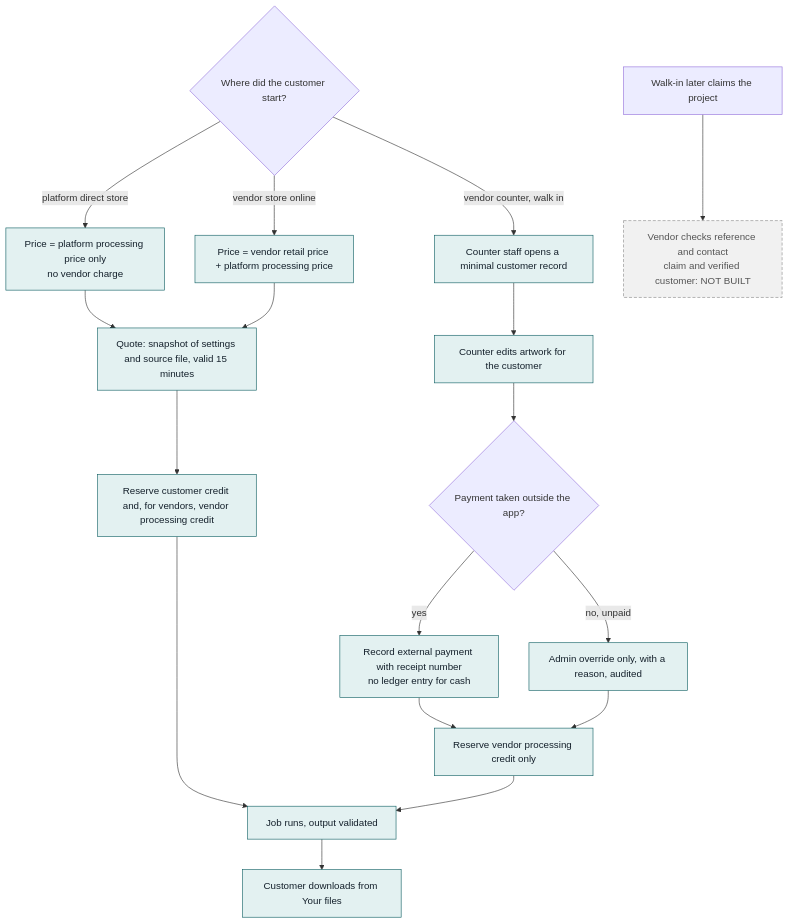
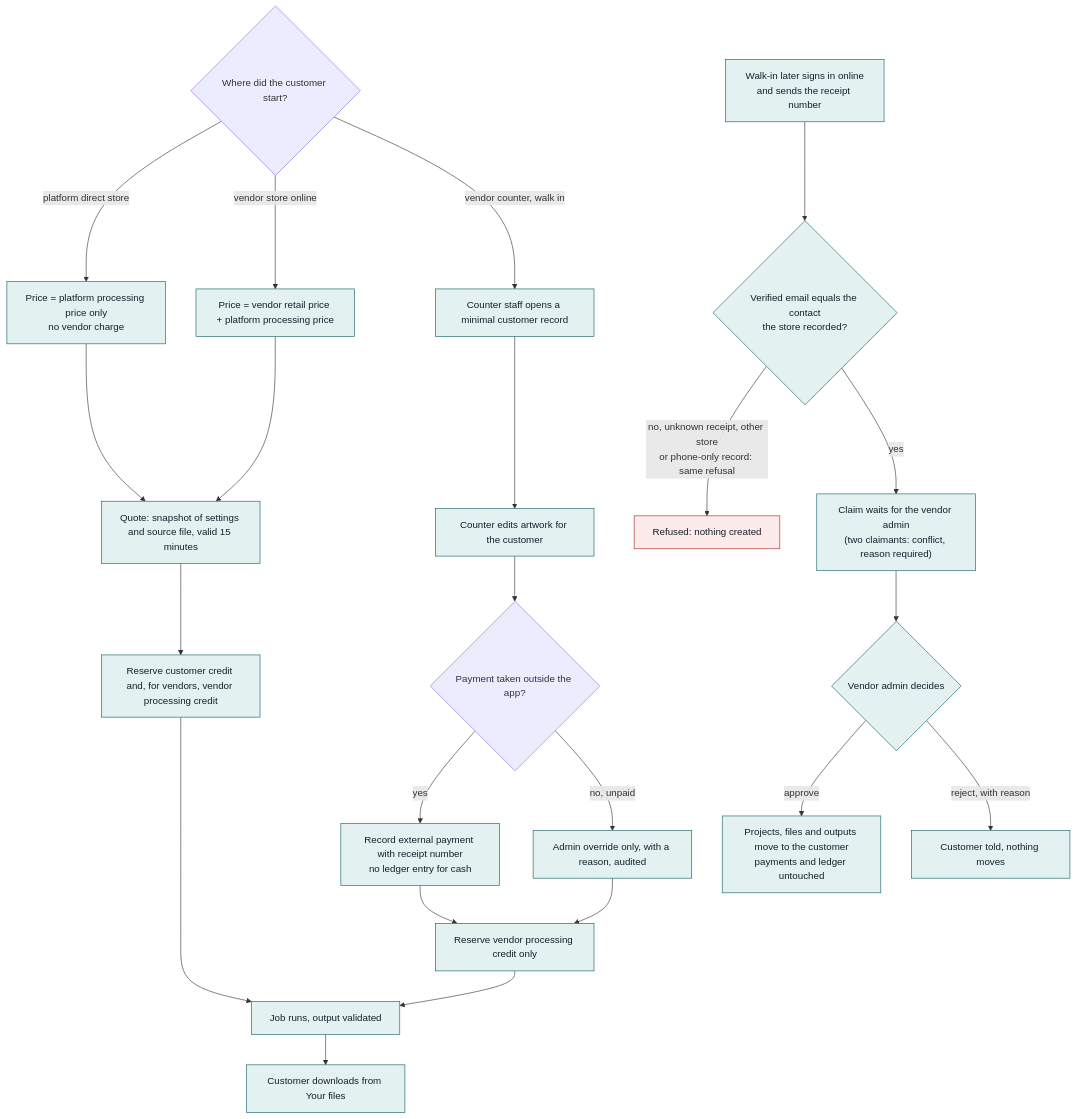
One commit to workmeridiangray-ops/aiprint changed the diagram in docs/flowcharts/03-journeys.mmd. Above: the diagram before and after it, drawn with Mermaid. The commit also changed 23 other files, not shown here.

First line of the commit message:
Part 24: walk-in claim (SC-030): verified-email match plus vendor-admin approval moves a counter customer's files to their account

```diff
--- a/docs/flowcharts/03-journeys.mmd
+++ b/docs/flowcharts/03-journeys.mmd
@@ -1,22 +1,29 @@
 %% 3. Direct versus vendor online journey and the counter workflow
 flowchart TD
   S{"Where did the customer start?"}
   S -->|"platform direct store"| D1["Price = platform processing price only<br/>no vendor charge"]
   S -->|"vendor store online"| V1["Price = vendor retail price + platform processing price"]
   S -->|"vendor counter, walk in"| C1["Counter staff opens a minimal customer record"]
   D1 --> Q["Quote: snapshot of settings and source file, valid 15 minutes"]
   V1 --> Q
   Q --> R["Reserve customer credit and, for vendors, vendor processing credit"]
   R --> J["Job runs, output validated"]
   J --> OUT["Customer downloads from Your files"]
   C1 --> C2["Counter edits artwork for the customer"]
   C2 --> C3{"Payment taken outside the app?"}
   C3 -->|"yes"| C4["Record external payment with receipt number<br/>no ledger entry for cash"]
   C3 -->|"no, unpaid"| C5["Admin override only, with a reason, audited"]
   C4 --> C6["Reserve vendor processing credit only"]
   C5 --> C6
   C6 --> J
-  C7["Walk-in later claims the project"] --> C8["Vendor checks reference and contact<br/>claim and verified customer: NOT BUILT"]:::nb
+  C7["Walk-in later signs in online<br/>and sends the receipt number"] --> C7b{"Verified email equals the contact<br/>the store recorded?"}
+  C7b -->|"no, unknown receipt, other store<br/>or phone-only record: same refusal"| C7x["Refused: nothing created"]:::fail
+  C7b -->|yes| C8["Claim waits for the vendor admin<br/>(two claimants: conflict, reason required)"]
+  C8 --> C9{"Vendor admin decides"}
+  C9 -->|approve| C10["Projects, files and outputs move to the customer<br/>payments and ledger untouched"]
+  C9 -->|reject, with reason| C11["Customer told, nothing moves"]
+  class C7,C7b,C8,C9,C10,C11 built
   classDef built fill:#e3f1f1,stroke:#0f5f63,color:#14202b
+  classDef fail fill:#fdeaea,stroke:#a8281f,color:#14202b
   classDef nb fill:#f1f1f1,stroke:#8a8a8a,stroke-dasharray:5 3,color:#555
   class D1,V1,Q,R,J,OUT,C1,C2,C4,C5,C6 built
```
